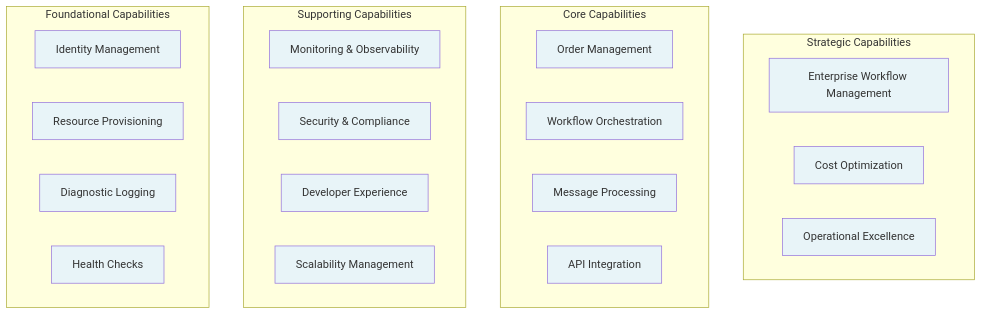
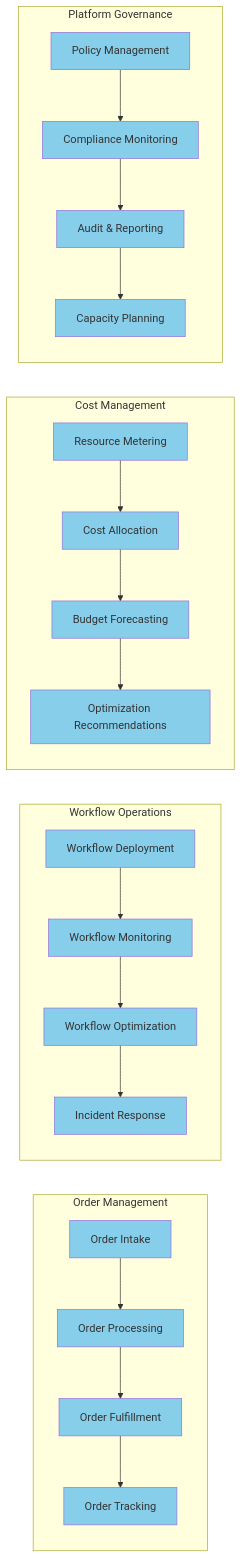
Before and after one commit to Evilazaro/Azure-LogicApps-Monitoring: the first of 13 diagrams in bdat.md, drawn with Mermaid. The commit also changed other lines of this file, not shown here.

Commit message:
Implement feature X to enhance user experience and optimize performance

````diff
--- a/bdat.md
+++ b/bdat.md
@@ -28,45 +34,60 @@
 ```mermaid
-graph TB
-    subgraph "Strategic Capabilities"
-        A1[Enterprise Workflow Management]
-        A2[Cost Optimization]
-        A3[Operational Excellence]
+flowchart LR
+    subgraph "Order Management"
+        A1[Order Intake]
+        A2[Order Processing]
+        A3[Order Fulfillment]
+        A4[Order Tracking]
     end
     
-    subgraph "Core Capabilities"
-        B1[Order Management]
-        B2[Workflow Orchestration]
-        B3[Message Processing]
-        B4[API Integration]
+    subgraph "Workflow Operations"
+        B1[Workflow Deployment]
+        B2[Workflow Monitoring]
+        B3[Workflow Optimization]
+        B4[Incident Response]
     end
     
-    subgraph "Supporting Capabilities"
-        C1[Monitoring & Observability]
-        C2[Security & Compliance]
-        C3[Developer Experience]
-        C4[Scalability Management]
+    subgraph "Cost Management"
+        C1[Resource Metering]
+        C2[Cost Allocation]
+        C3[Budget Forecasting]
+        C4[Optimization Recommendations]
     end
     
-    subgraph "Foundational Capabilities"
-        D1[Identity Management]
-        D2[Resource Provisioning]
-        D3[Diagnostic Logging]
-        D4[Health Checks]
+    subgraph "Platform Governance"
+        D1[Policy Management]
+        D2[Compliance Monitoring]
+        D3[Audit & Reporting]
+        D4[Capacity Planning]
     end
     
-    style A1 fill:#E8F4F8
-    style A2 fill:#E8F4F8
-    style A3 fill:#E8F4F8
-    style B1 fill:#E8F4F8
-    style B2 fill:#E8F4F8
-    style B3 fill:#E8F4F8
-    style B4 fill:#E8F4F8
-    style C1 fill:#E8F4F8
-    style C2 fill:#E8F4F8
-    style C3 fill:#E8F4F8
-    style C4 fill:#E8F4F8
-    style D1 fill:#E8F4F8
-    style D2 fill:#E8F4F8
-    style D3 fill:#E8F4F8
-    style D4 fill:#E8F4F8
+    A1 --> A2
+    A2 --> A3
+    A3 --> A4
+    B1 --> B2
+    B2 --> B3
+    B3 --> B4
+    C1 --> C2
+    C2 --> C3
+    C3 --> C4
+    D1 --> D2
+    D2 --> D3
+    D3 --> D4
+    
+    style A1 fill:#87CEEB
+    style A2 fill:#87CEEB
+    style A3 fill:#87CEEB
+    style A4 fill:#87CEEB
+    style B1 fill:#87CEEB
+    style B2 fill:#87CEEB
+    style B3 fill:#87CEEB
+    style B4 fill:#87CEEB
+    style C1 fill:#87CEEB
+    style C2 fill:#87CEEB
+    style C3 fill:#87CEEB
+    style C4 fill:#87CEEB
+    style D1 fill:#87CEEB
+    style D2 fill:#87CEEB
+    style D3 fill:#87CEEB
+    style D4 fill:#87CEEB
 ```
````
